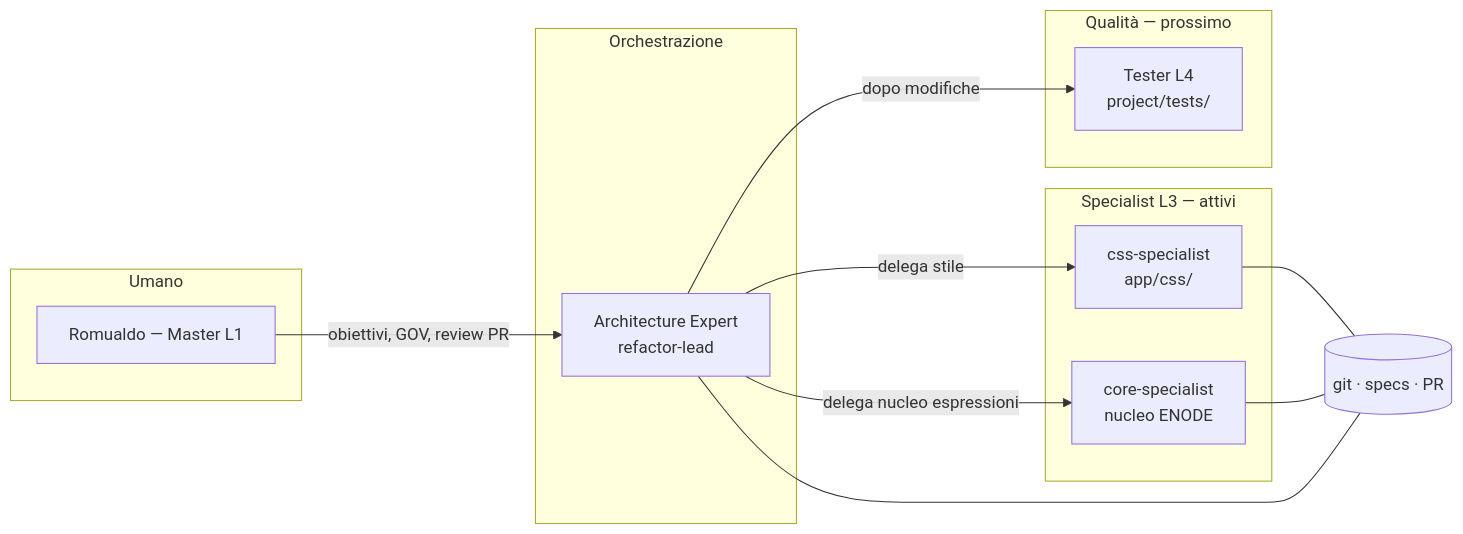
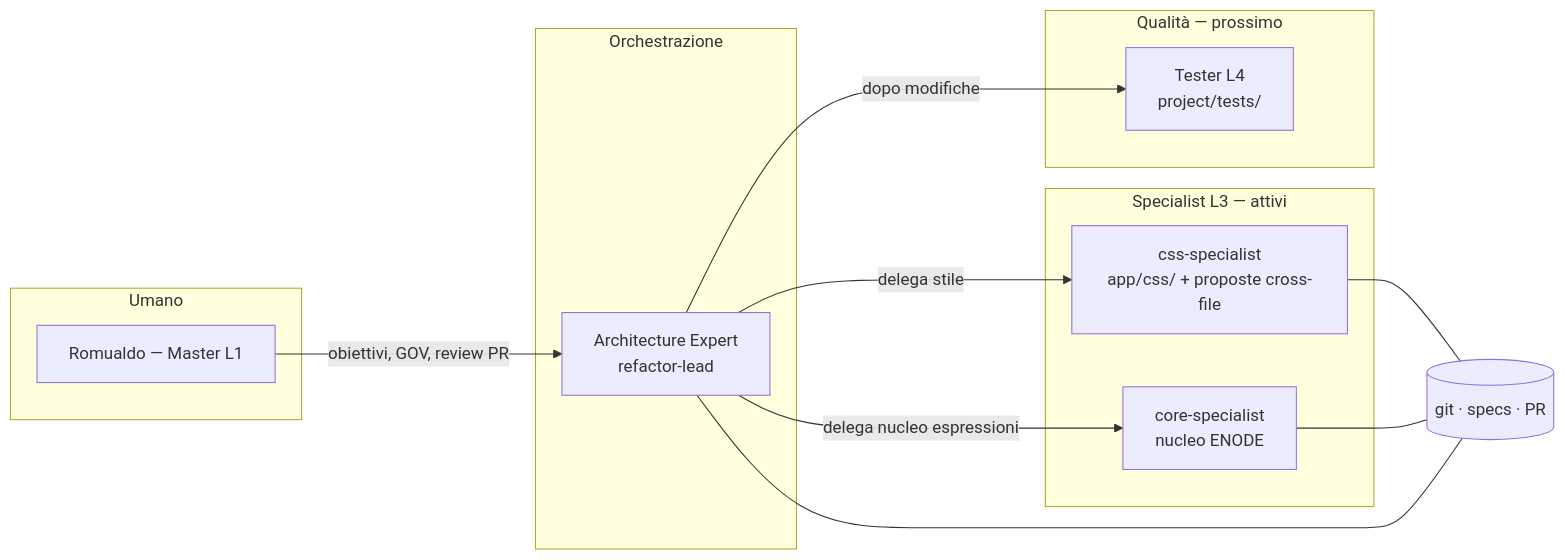
The second of 3 diagrams in project/Organization/organigramma.md (RomualdoGrillo/Aabacus), drawn with Mermaid before and after one commit. The commit also changed other lines of this file and 7 other files, not shown here.

First line of the commit message:
Organigramma: css-specialist con CSS libero e proposte cross-file

````diff
--- a/project/Organization/organigramma.md
+++ b/project/Organization/organigramma.md
@@ -38,27 +38,27 @@
 ```mermaid
 flowchart LR
   subgraph umano [Umano]
     R[Romualdo — Master L1]
   end
 
   subgraph orchestrazione [Orchestrazione]
     AR[Architecture Expert<br/>refactor-lead]
   end
 
   subgraph specialisti [Specialist L3 — attivi]
-    CSS[css-specialist<br/>app/css/]
+    CSS[css-specialist<br/>app/css/ + proposte cross-file]
     CORE[core-specialist<br/>nucleo ENODE]
   end
 
   subgraph qualita [Qualità — prossimo]
     T[Tester L4<br/>project/tests/]
   end
 
   R -->|obiettivi, GOV, review PR| AR
   AR -->|delega stile| CSS
   AR -->|delega nucleo espressioni| CORE
   AR -->|dopo modifiche| T
   CSS --- Git[(git · specs · PR)]
   CORE --- Git
   AR --- Git
 ```
````
